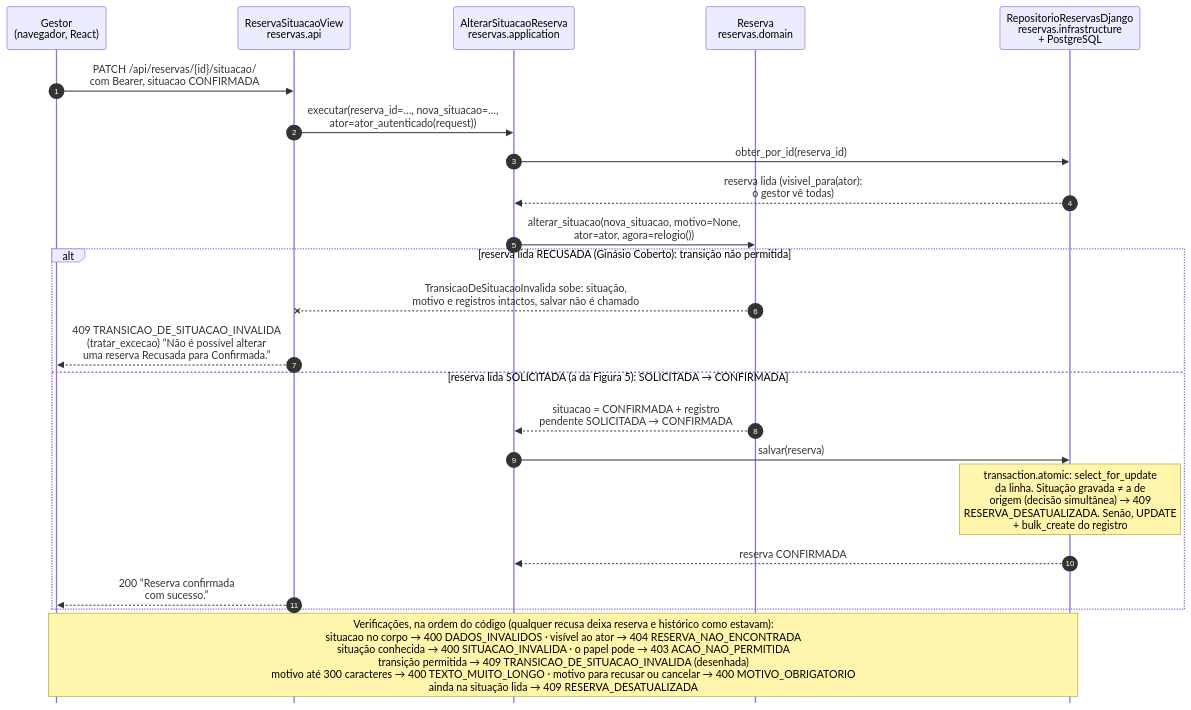
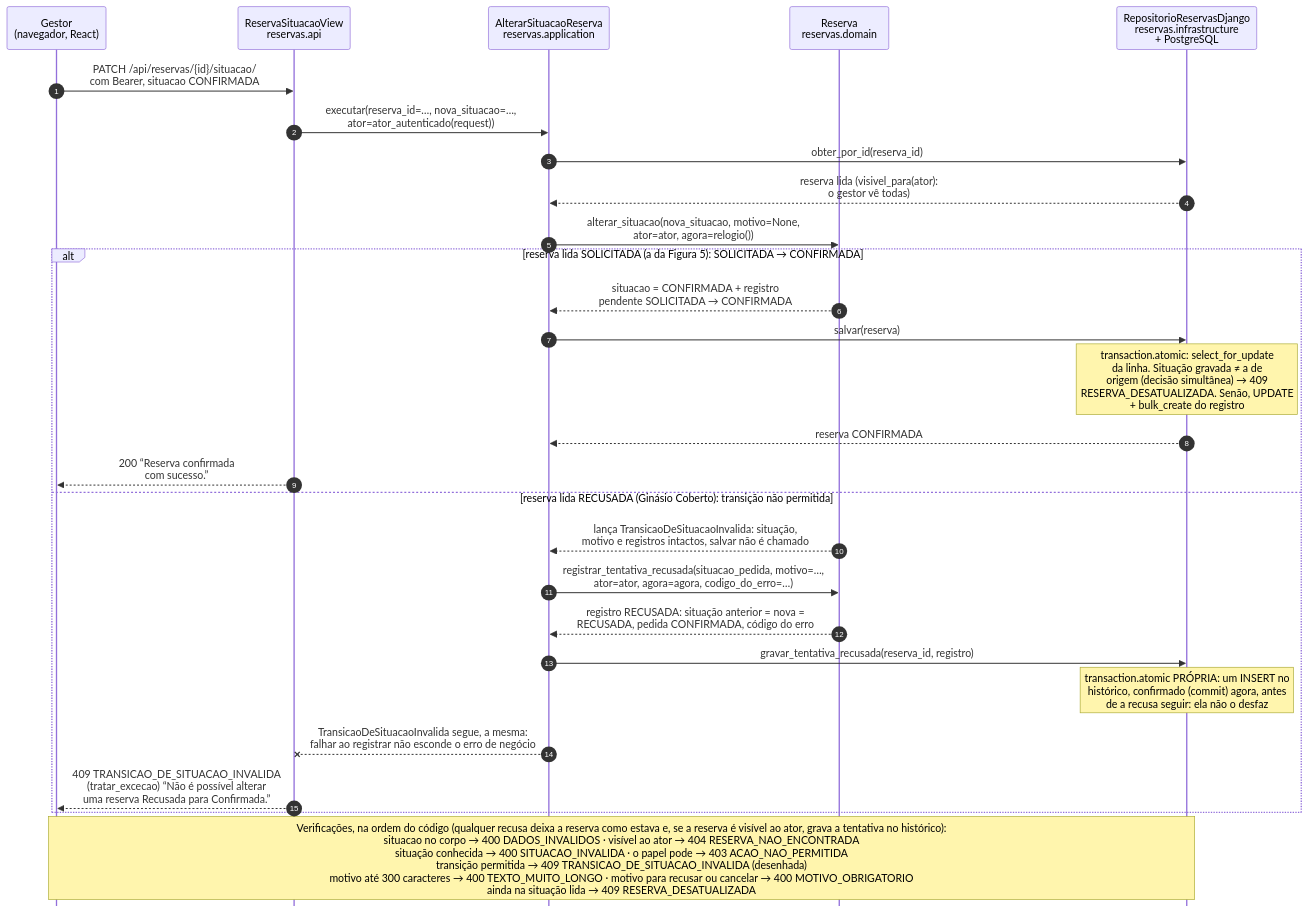
Before and after one commit to maxzdosreis/PP_Grupo03_ConectaCampus: the diagram in docs/fontes/modelagem/confirmar-reserva.mmd, drawn with Mermaid. The commit also changed 65 other files, not shown here.

Commit message:
feat(reservas): registra no histórico as tentativas recusadas de mudança de situação

```diff
--- a/docs/fontes/modelagem/confirmar-reserva.mmd
+++ b/docs/fontes/modelagem/confirmar-reserva.mmd
@@ -1,41 +1,46 @@
 %%{init: {"sequence": {"mirrorActors": false, "actorMargin": 24, "messageMargin": 22, "boxMargin": 6, "noteMargin": 6}}}%%
 sequenceDiagram
 %% Figura 6 — Confirmar a reserva (DOC-03).
 %% Fonte versionada. confirmar-reserva.svg e confirmar-reserva.png são GERADOS a partir deste arquivo
 %% (comando no README.md desta pasta); nunca edite as imagens à mão.
 %% Conferido por scripts/verificar_fluxo_principal.py: participantes, métodos e parâmetros nomeados,
 %% ordem das chamadas (ast), ordem da nota "Verificações", códigos, status e mensagens.
 %% Cenário dos dados de exemplo: dois pedidos iguais da gestora Carla Mendes, que só diferem na reserva
 %% lida no passo 4. Caminho feliz: a reserva Solicitada do Bruno (a da Figura 5). Rejeição: a reserva já
 %% Recusada do Bruno no Ginásio Coberto, que sempre existe nos dados de exemplo e continua Recusada depois
 %% da tentativa, então dá para repetir na demonstração. Cada execução é um pedido só; o alt decide pela
 %% situação lida no passo 4.
 %% participante: NAV = src/frontend/src/components/reservas/DialogoDeSituacao.tsx, src/frontend/src/api/reservas.ts
 %% participante: VIEW = reservas.api.views.ReservaSituacaoView
 %% participante: CASO = reservas.application.casos_de_uso.AlterarSituacaoReserva
 %% participante: RES = reservas.domain.reserva.Reserva
 %% participante: REPO = reservas.infrastructure.repositorio_django.RepositorioReservasDjango, reservas.infrastructure.models.ReservaModel
 %% rota: PATCH reservas:situacao
   autonumber
   participant NAV as Gestor<br/>(navegador, React)
   participant VIEW as ReservaSituacaoView<br/>reservas.api
   participant CASO as AlterarSituacaoReserva<br/>reservas.application
   participant RES as Reserva<br/>reservas.domain
   participant REPO as RepositorioReservasDjango<br/>reservas.infrastructure<br/>+ PostgreSQL
 
   NAV->>VIEW: PATCH /api/reservas/{id}/situacao/<br/>com Bearer, situacao CONFIRMADA
   VIEW->>CASO: executar(reserva_id=…, nova_situacao=…,<br/>ator=ator_autenticado(request))
   CASO->>REPO: obter_por_id(reserva_id)
   REPO-->>CASO: reserva lida (visivel_para(ator):<br/>o gestor vê todas)
   CASO->>RES: alterar_situacao(nova_situacao, motivo=None,<br/>ator=ator, agora=relogio())
-  alt reserva lida RECUSADA (Ginásio Coberto): transição não permitida
-    RES--xVIEW: TransicaoDeSituacaoInvalida sobe: situação,<br/>motivo e registros intactos, salvar não é chamado
-    VIEW-->>NAV: 409 TRANSICAO_DE_SITUACAO_INVALIDA<br/>(tratar_excecao) “Não é possível alterar<br/>uma reserva Recusada para Confirmada.”
-  else reserva lida SOLICITADA (a da Figura 5): SOLICITADA → CONFIRMADA
+  alt reserva lida SOLICITADA (a da Figura 5): SOLICITADA → CONFIRMADA
     RES-->>CASO: situacao = CONFIRMADA + registro<br/>pendente SOLICITADA → CONFIRMADA
     CASO->>REPO: salvar(reserva)
     Note over REPO: transaction.atomic: select_for_update<br/>da linha. Situação gravada ≠ a de<br/>origem (decisão simultânea) → 409<br/>RESERVA_DESATUALIZADA. Senão, UPDATE<br/>+ bulk_create do registro
     REPO-->>CASO: reserva CONFIRMADA
     VIEW-->>NAV: 200 “Reserva confirmada<br/>com sucesso.”
+  else reserva lida RECUSADA (Ginásio Coberto): transição não permitida
+    RES-->>CASO: lança TransicaoDeSituacaoInvalida: situação,<br/>motivo e registros intactos, salvar não é chamado
+    CASO->>RES: registrar_tentativa_recusada(situacao_pedida, motivo=…,<br/>ator=ator, agora=agora, codigo_do_erro=…)
+    RES-->>CASO: registro RECUSADA: situação anterior = nova =<br/>RECUSADA, pedida CONFIRMADA, código do erro
+    CASO->>REPO: gravar_tentativa_recusada(reserva_id, registro)
+    Note over REPO: transaction.atomic PRÓPRIA: um INSERT no<br/>histórico, confirmado (commit) agora, antes<br/>de a recusa seguir: ela não o desfaz
+    CASO--xVIEW: TransicaoDeSituacaoInvalida segue, a mesma:<br/>falhar ao registrar não esconde o erro de negócio
+    VIEW-->>NAV: 409 TRANSICAO_DE_SITUACAO_INVALIDA<br/>(tratar_excecao) “Não é possível alterar<br/>uma reserva Recusada para Confirmada.”
   end
-  Note over NAV,REPO: Verificações, na ordem do código (qualquer recusa deixa reserva e histórico como estavam):<br/>situacao no corpo → 400 DADOS_INVALIDOS · visível ao ator → 404 RESERVA_NAO_ENCONTRADA<br/>situação conhecida → 400 SITUACAO_INVALIDA · o papel pode → 403 ACAO_NAO_PERMITIDA<br/>transição permitida → 409 TRANSICAO_DE_SITUACAO_INVALIDA (desenhada)<br/>motivo até 300 caracteres → 400 TEXTO_MUITO_LONGO · motivo para recusar ou cancelar → 400 MOTIVO_OBRIGATORIO<br/>ainda na situação lida → 409 RESERVA_DESATUALIZADA
+  Note over NAV,REPO: Verificações, na ordem do código (qualquer recusa deixa a reserva como estava e, se a reserva é visível ao ator, grava a tentativa no histórico):<br/>situacao no corpo → 400 DADOS_INVALIDOS · visível ao ator → 404 RESERVA_NAO_ENCONTRADA<br/>situação conhecida → 400 SITUACAO_INVALIDA · o papel pode → 403 ACAO_NAO_PERMITIDA<br/>transição permitida → 409 TRANSICAO_DE_SITUACAO_INVALIDA (desenhada)<br/>motivo até 300 caracteres → 400 TEXTO_MUITO_LONGO · motivo para recusar ou cancelar → 400 MOTIVO_OBRIGATORIO<br/>ainda na situação lida → 409 RESERVA_DESATUALIZADA
```
